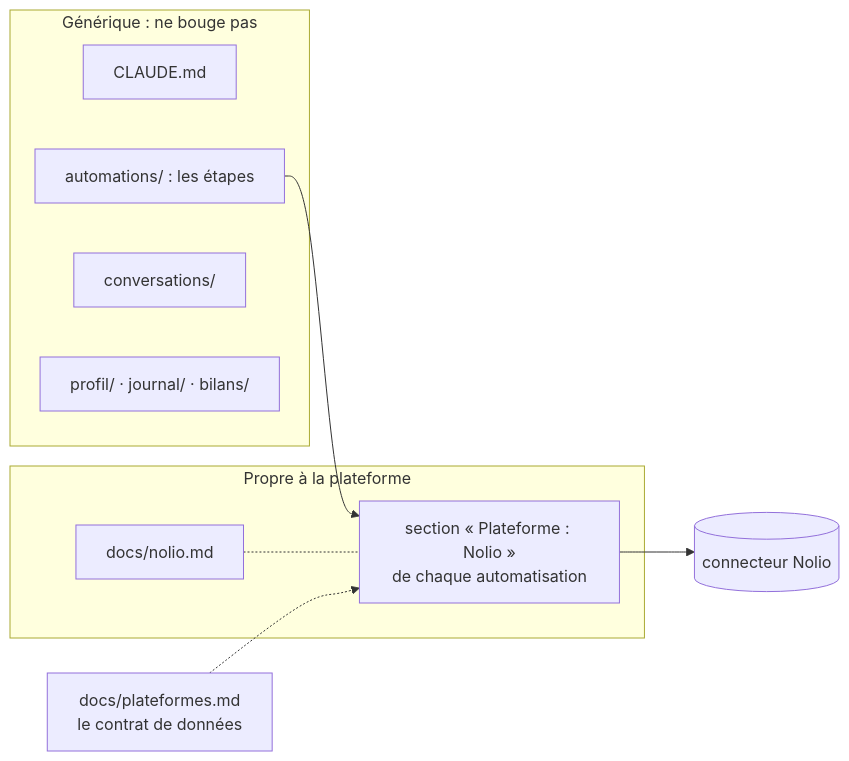
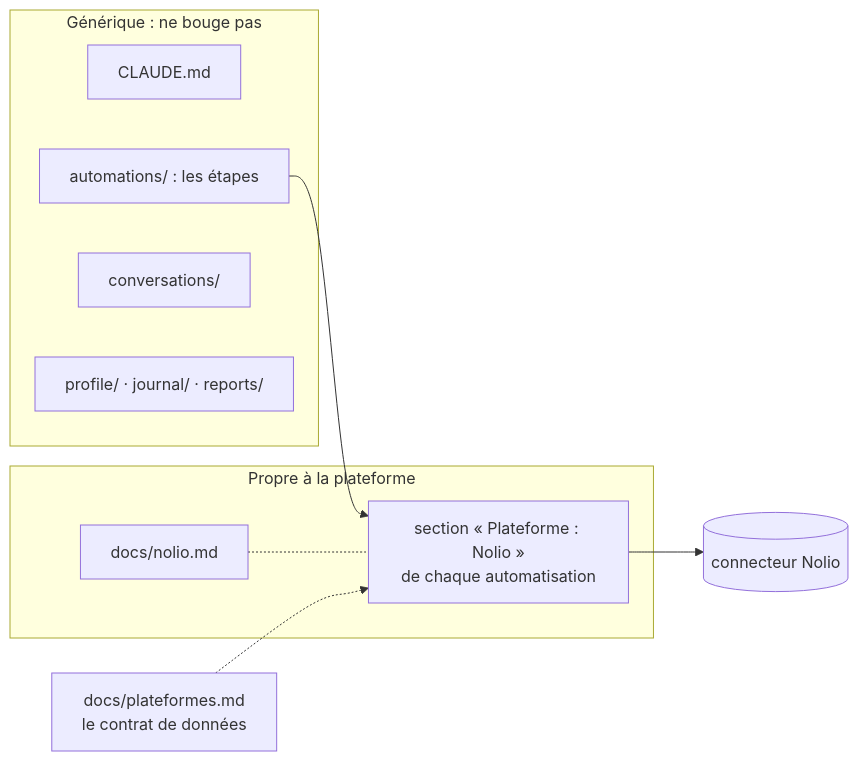
Before and after one commit to VitoPepe/running-coach-athletes-template: the sixth of 7 diagrams in docs/architecture.md, drawn with Mermaid. The commit also changed other lines of this file and 90 other files, not shown here.

First line of the commit message:
Noms de dossiers en anglais (reports/, philosophy/, library/, races/, profile/, outputs/, sample-*)

````diff
--- a/docs/architecture.md
+++ b/docs/architecture.md
@@ -132,18 +132,18 @@
 ```mermaid
 flowchart LR
     subgraph G["Générique : ne bouge pas"]
         CL["CLAUDE.md"]
         AU["automations/ : les étapes"]
         CO["conversations/"]
-        DA["profil/ · journal/ · bilans/"]
+        DA["profile/ · journal/ · reports/"]
     end
     subgraph S["Propre à la plateforme"]
         SP["section « Plateforme : Nolio »<br/>de chaque automatisation"]
         DN["docs/nolio.md"]
     end
     CT["docs/plateformes.md<br/>le contrat de données"]
     AU --> SP
     SP --> MCP[("connecteur Nolio")]
     DN -.- SP
     CT -.-> SP
 ```
````
